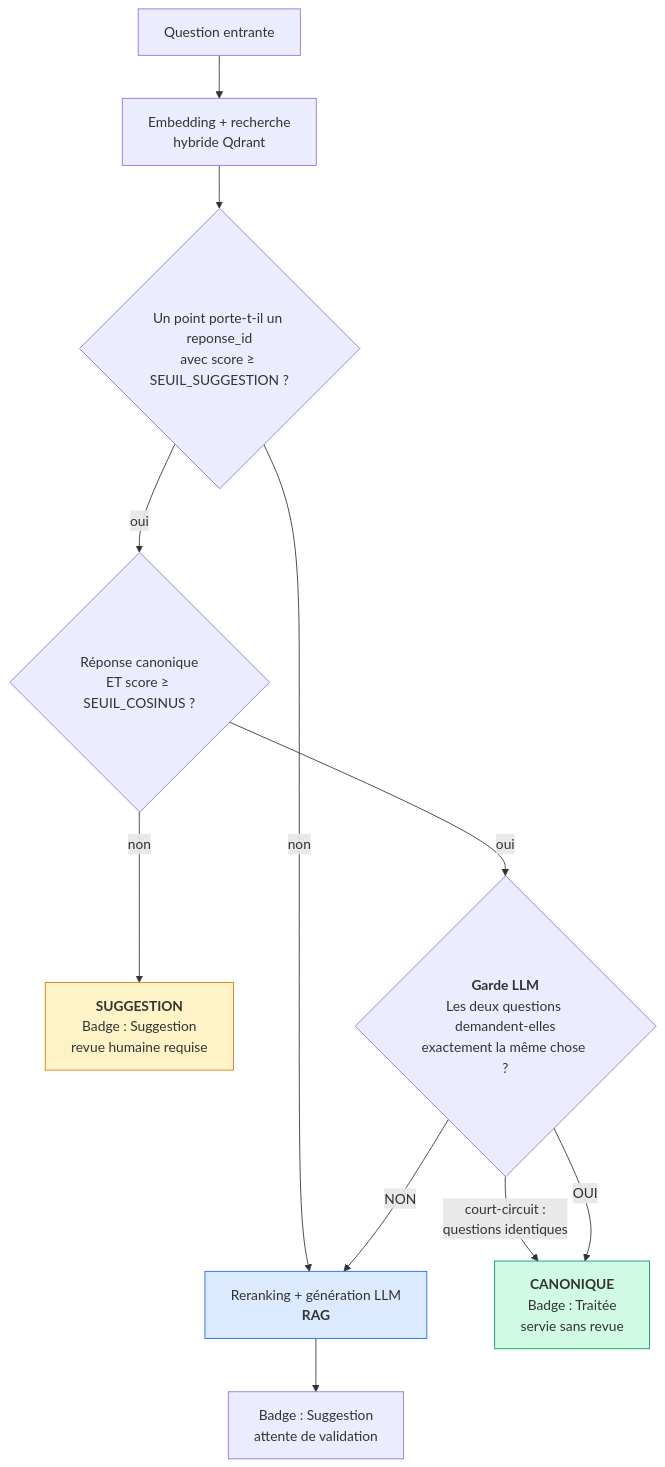
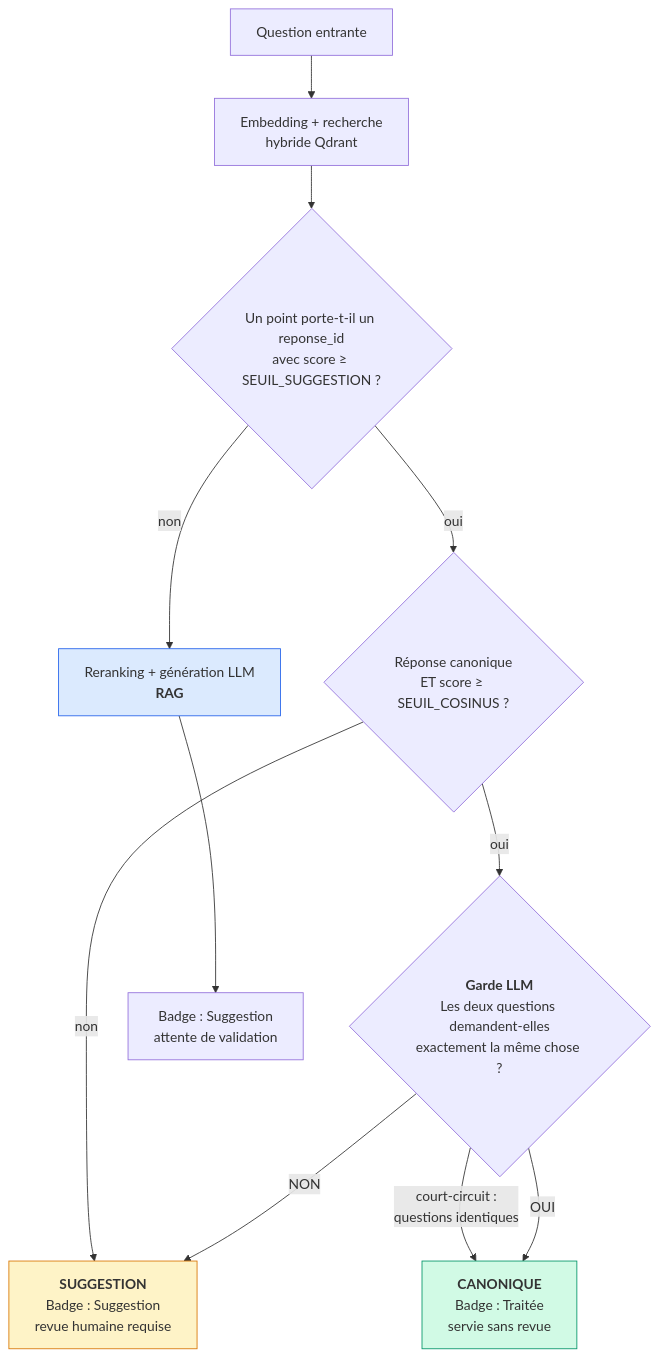
Before and after one commit to ThomasHWD/TicketAI: the second of 2 diagrams in Docs/fonctionnalites/labels-et-categories.md, drawn with Mermaid. The commit also changed other lines of this file and 27 other files, not shown here.

````diff
--- a/Docs/fonctionnalites/labels-et-categories.md
+++ b/Docs/fonctionnalites/labels-et-categories.md
@@ -98,21 +98,21 @@
 ```mermaid
 flowchart TD
     A[Question entrante] --> B[Embedding + recherche<br/>hybride Qdrant]
     B --> C{Un point porte-t-il un reponse_id<br/>avec score ≥ SEUIL_SUGGESTION ?}
 
     C -->|non| G[Reranking + génération LLM<br/><b>RAG</b>]
     C -->|oui| D{Réponse canonique<br/>ET score ≥ SEUIL_COSINUS ?}
 
     D -->|non| F[<b>SUGGESTION</b><br/>Badge : Suggestion<br/>revue humaine requise]
     D -->|oui| E{<b>Garde LLM</b><br/>Les deux questions demandent-elles<br/>exactement la même chose ?}
 
     E -->|court-circuit :<br/>questions identiques| H
     E -->|OUI| H[<b>CANONIQUE</b><br/>Badge : Traitée<br/>servie sans revue]
-    E -->|NON| G
+    E -->|NON| F
 
     G --> I[Badge : Suggestion<br/>attente de validation]
 
     style H fill:#d1fae5,stroke:#059669
     style F fill:#fef3c7,stroke:#d97706
     style G fill:#dbeafe,stroke:#2563eb
 ```
````
